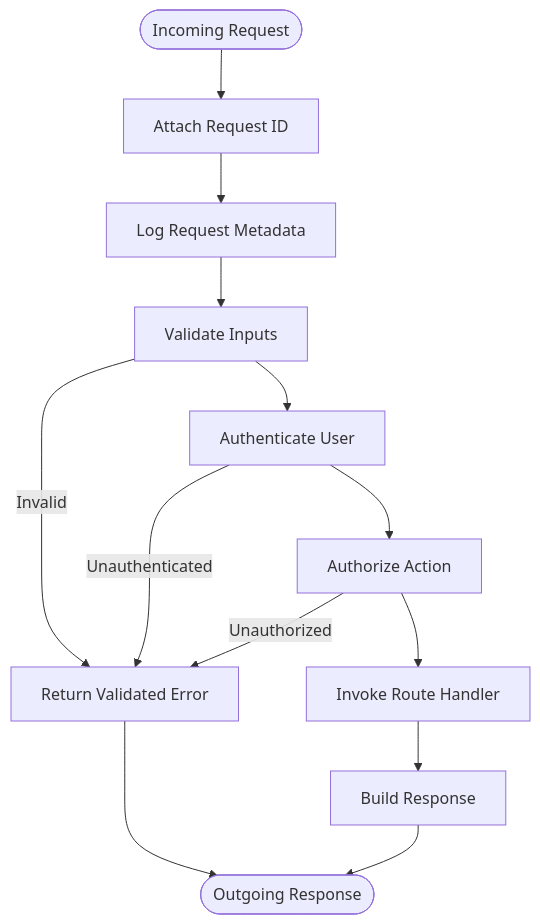
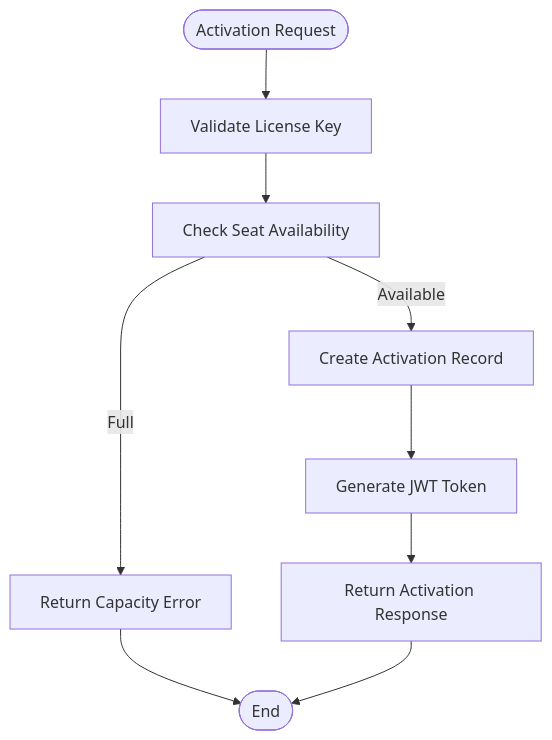
One commit to Mesililm-LLC/api.trackdub changed the third of 6 diagrams in .qoder/repowiki/en/content/Architecture Overview/Architecture Overview.md. Above: the diagram before and after it, drawn with Mermaid. The commit also changed other lines of this file and 37 other files, not shown here.

````diff
--- a/.qoder/repowiki/en/content/Architecture Overview/Architecture Overview.md
+++ b/.qoder/repowiki/en/content/Architecture Overview/Architecture Overview.md
@@ -207,15 +207,11 @@
 ```mermaid
 flowchart TD
-Start(["Incoming Request"]) --> RID["Attach Request ID"]
-RID --> LOG["Log Request Metadata"]
-LOG --> VALID["Validate Inputs"]
-VALID --> |Invalid| ERR["Return Validated Error"]
-VALID --> AUTH["Authenticate User"]
-AUTH --> |Unauthenticated| ERR
-AUTH --> AUTHZ["Authorize Action"]
-AUTHZ --> |Unauthorized| ERR
-AUTHZ --> HANDLER["Invoke Route Handler"]
-HANDLER --> RESP["Build Response"]
-RESP --> End(["Outgoing Response"])
-ERR --> End
+Start(["Activation Request"]) --> Validate["Validate License Key"]
+Validate --> CheckSeats["Check Seat Availability"]
+CheckSeats --> |Available| Activate["Create Activation Record"]
+CheckSeats --> |Full| Error["Return Capacity Error"]
+Activate --> GenerateToken["Generate JWT Token"]
+GenerateToken --> Respond["Return Activation Response"]
+Error --> End(["End"])
+Respond --> End
 ```
````
